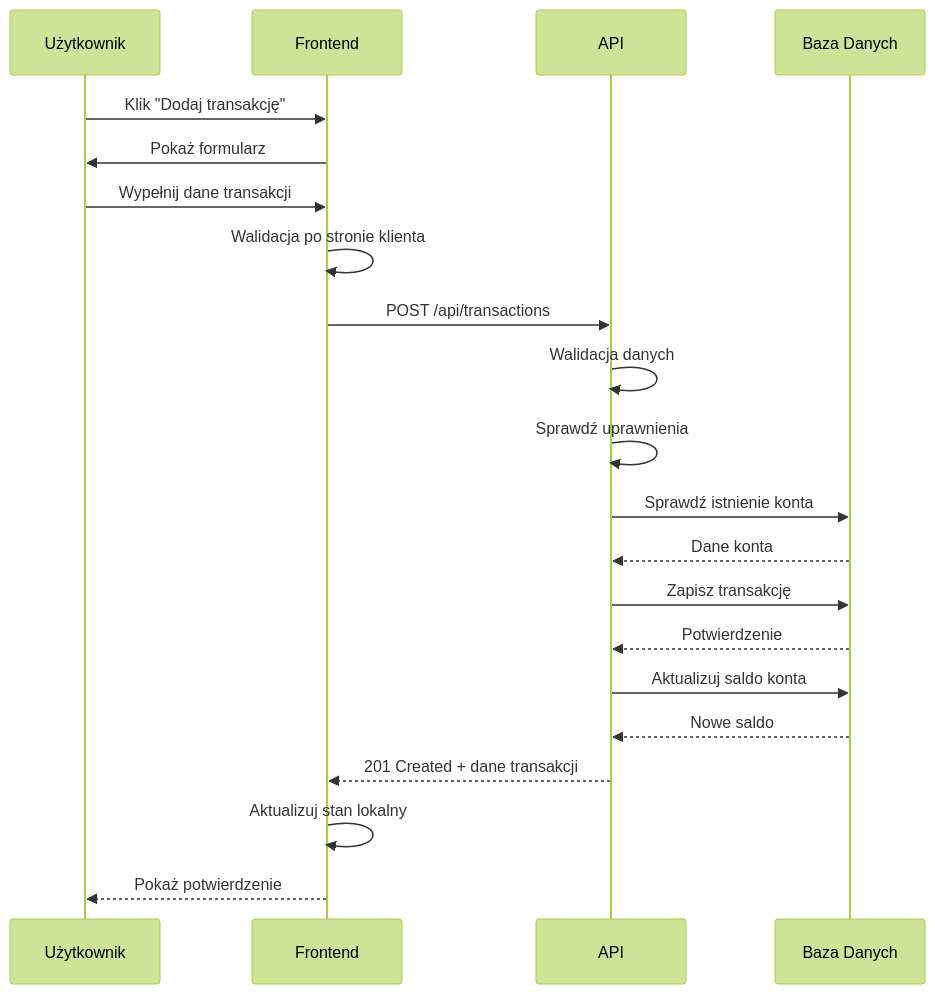
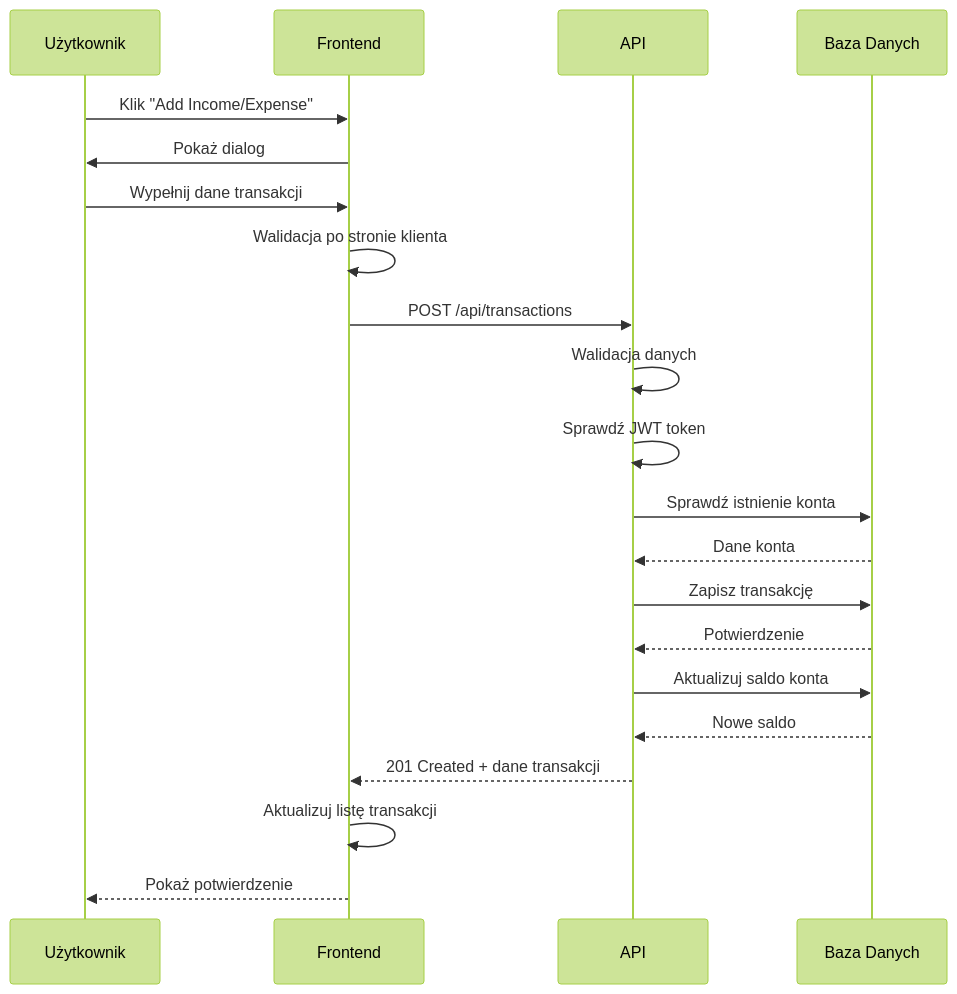
One commit to WisMaja/MyMoney changed the sixth of 20 diagrams in docs/diagramy.md. Above: the diagram before and after it, drawn with Mermaid (forest theme). The commit also changed other lines of this file and 10 other files, not shown here.

````diff
--- a/docs/diagramy.md
+++ b/docs/diagramy.md
@@ -181,27 +143,27 @@
 ```mermaid
 sequenceDiagram
     participant U as Użytkownik
     participant F as Frontend
     participant A as API
     participant DB as Baza Danych
     
-    U->>F: Klik "Dodaj transakcję"
-    F->>U: Pokaż formularz
+    U->>F: Klik "Add Income/Expense"
+    F->>U: Pokaż dialog
     U->>F: Wypełnij dane transakcji
     F->>F: Walidacja po stronie klienta
     F->>A: POST /api/transactions
     
     A->>A: Walidacja danych
-    A->>A: Sprawdź uprawnienia
+    A->>A: Sprawdź JWT token
     A->>DB: Sprawdź istnienie konta
     DB-->>A: Dane konta
     
     A->>DB: Zapisz transakcję
     DB-->>A: Potwierdzenie
     A->>DB: Aktualizuj saldo konta
     DB-->>A: Nowe saldo
     
     A-->>F: 201 Created + dane transakcji
-    F->>F: Aktualizuj stan lokalny
+    F->>F: Aktualizuj listę transakcji
     F-->>U: Pokaż potwierdzenie
 ```
````
